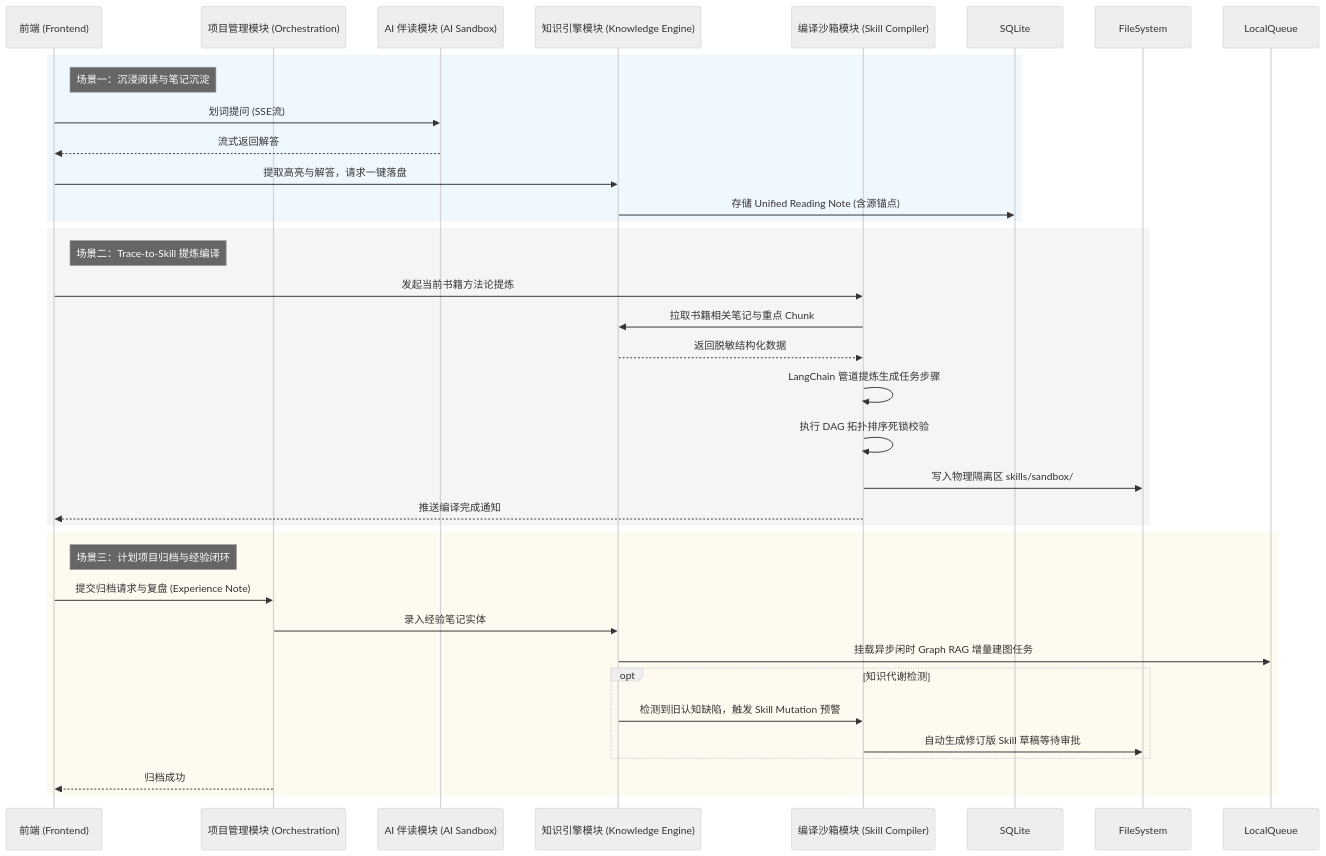
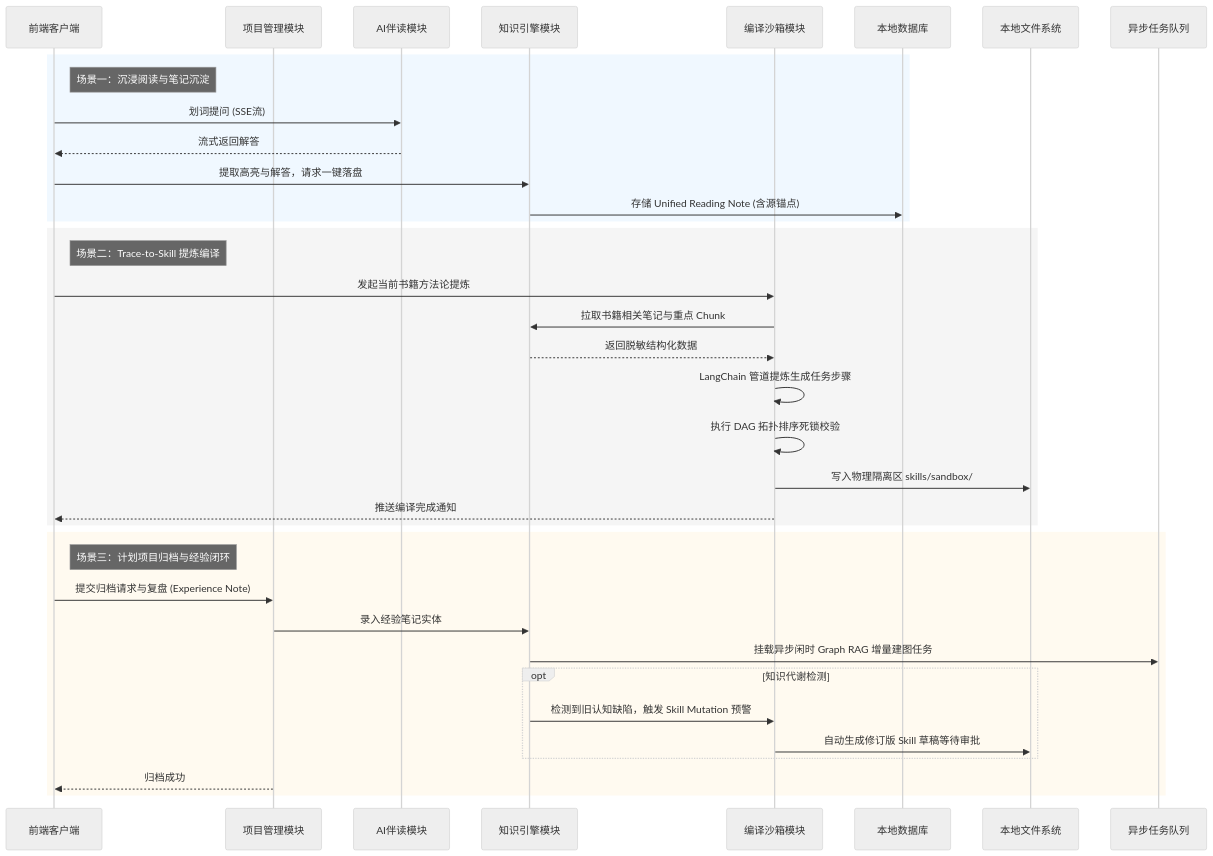
One commit to shanglihong/i-have-a-plan changed the second of 2 diagrams in docs/06_system_architecture/backend_design_spec_v1.0.md. Above: the diagram before and after it, drawn with Mermaid (neutral theme). The commit also changed other lines of this file, not shown here.

Commit message:
docs: update backend design specification to v1.0 architecture standards

````diff
--- a/docs/06_system_architecture/backend_design_spec_v1.0.md
+++ b/docs/06_system_architecture/backend_design_spec_v1.0.md
@@ -122,42 +122,45 @@
 ```mermaid
 sequenceDiagram
-    participant FE as 前端 (Frontend)
-    participant PTO as 项目管理模块 (Orchestration)
-    participant ACS as AI 伴读模块 (AI Sandbox)
-    participant HKE as 知识引擎模块 (Knowledge Engine)
-    participant SCS as 编译沙箱模块 (Skill Compiler)
+    participant FE as 前端客户端
+    participant PTO as 项目管理模块
+    participant ACS as AI伴读模块
+    participant HKE as 知识引擎模块
+    participant SCS as 编译沙箱模块
+    participant SQLite as 本地数据库
+    participant FileSystem as 本地文件系统
+    participant LocalQueue as 异步任务队列
     
     %% 场景1：伴读与笔记
     rect rgb(240, 248, 255)
         Note right of FE: 场景一：沉浸阅读与笔记沉淀
         FE->>ACS: 划词提问 (SSE流)
         ACS-->>FE: 流式返回解答
         FE->>HKE: 提取高亮与解答，请求一键落盘
         HKE->>SQLite: 存储 Unified Reading Note (含源锚点)
     end
     
     %% 场景2：技能提炼
     rect rgb(245, 245, 245)
         Note right of FE: 场景二：Trace-to-Skill 提炼编译
         FE->>SCS: 发起当前书籍方法论提炼
         SCS->>HKE: 拉取书籍相关笔记与重点 Chunk
         HKE-->>SCS: 返回脱敏结构化数据
         SCS->>SCS: LangChain 管道提炼生成任务步骤
         SCS->>SCS: 执行 DAG 拓扑排序死锁校验
         SCS->>FileSystem: 写入物理隔离区 skills/sandbox/
         SCS-->>FE: 推送编译完成通知
     end
 
     %% 场景3：项目归档与经验反哺
     rect rgb(255, 250, 240)
         Note right of FE: 场景三：计划项目归档与经验闭环
         FE->>PTO: 提交归档请求与复盘 (Experience Note)
         PTO->>HKE: 录入经验笔记实体
         HKE->>LocalQueue: 挂载异步闲时 Graph RAG 增量建图任务
         opt 知识代谢检测
             HKE->>SCS: 检测到旧认知缺陷，触发 Skill Mutation 预警
             SCS->>FileSystem: 自动生成修订版 Skill 草稿等待审批
         end
         PTO-->>FE: 归档成功
     end
 ```
````
